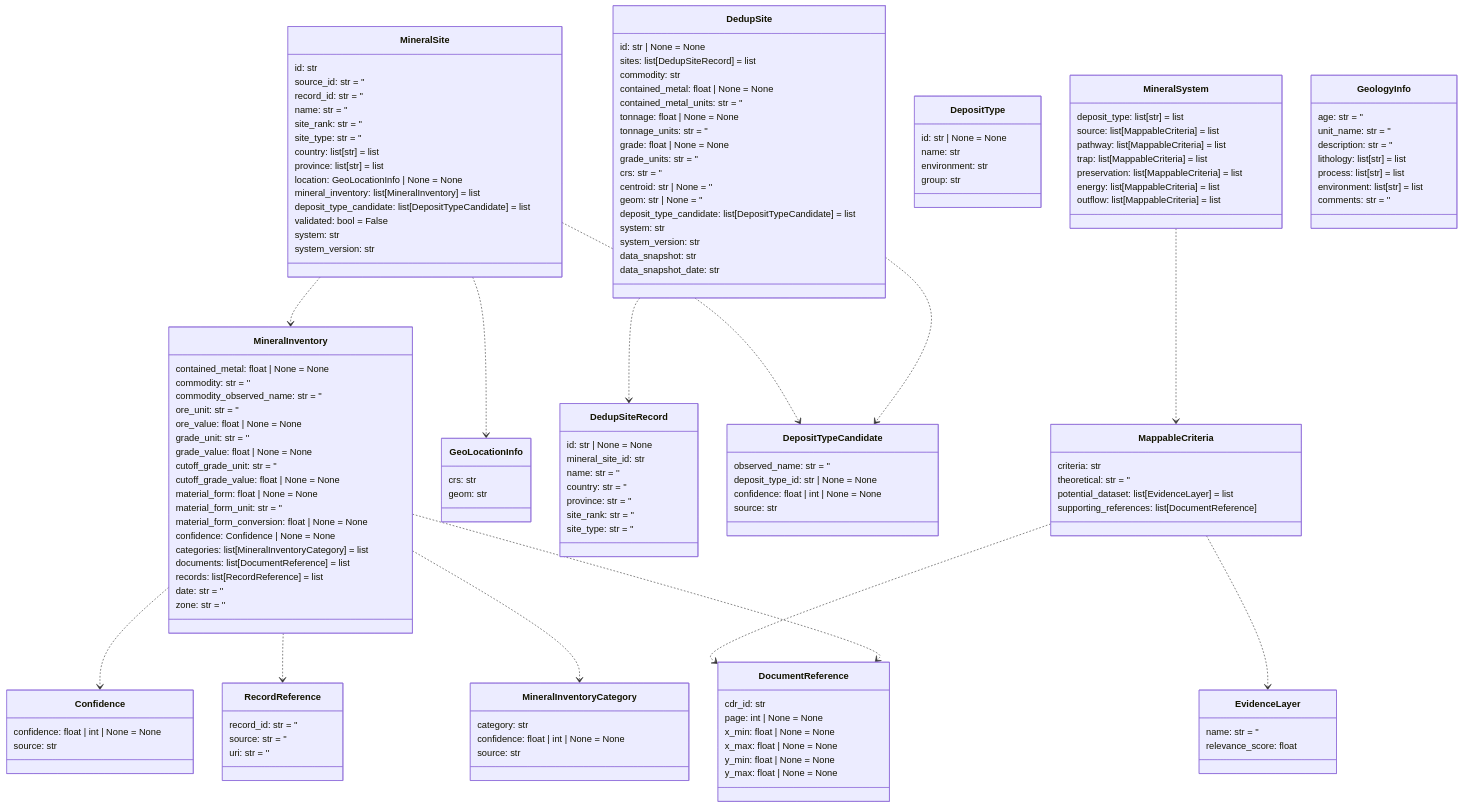
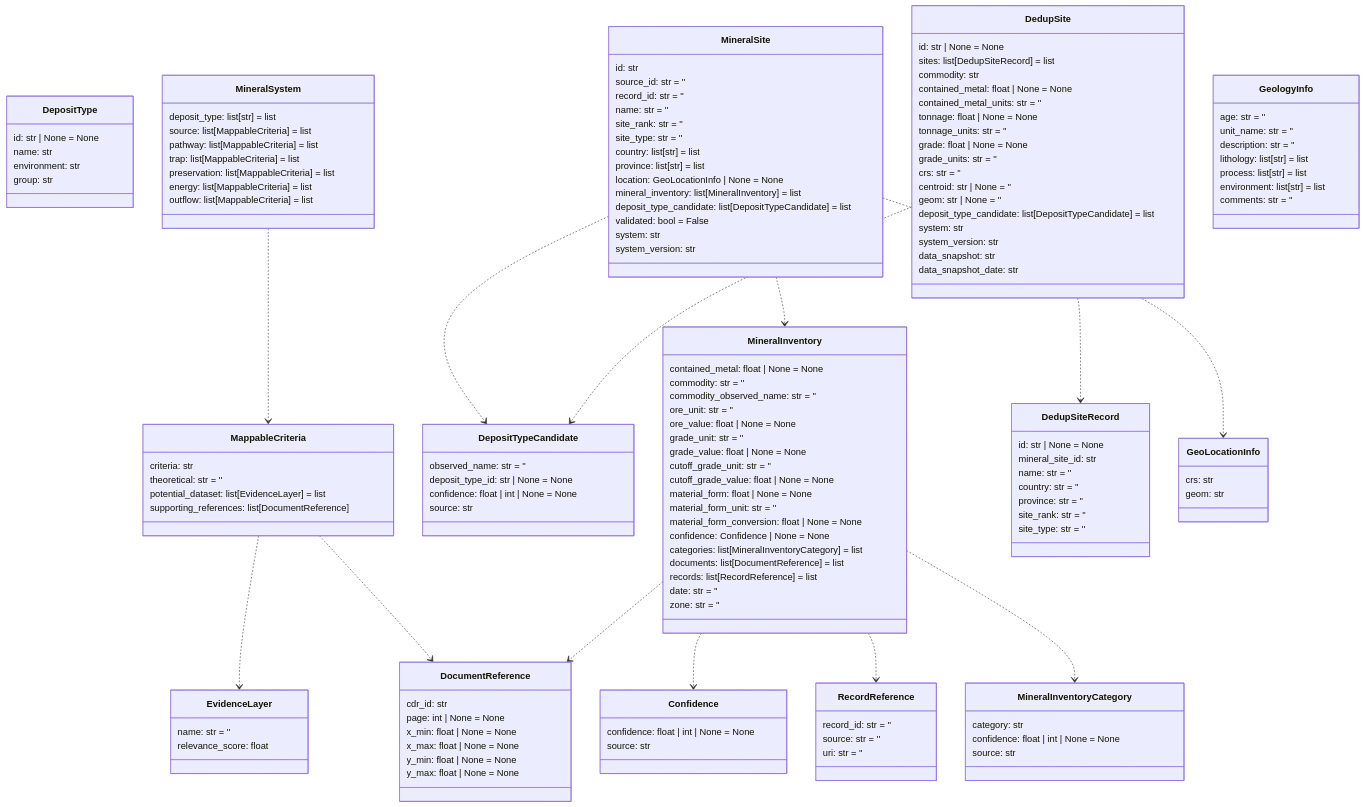
Before and after one commit to DARPA-CRITICALMAAS/cdr_schemas: the tenth of 14 diagrams in README.md, drawn with Mermaid. The commit also changed other lines of this file and 1 other file, not shown here.

First line of the commit message:
Updated schema for BNN

````diff
--- a/README.md
+++ b/README.md
@@ -766,5 +766,11 @@
 ```mermaid
 classDiagram
+
+    class RecordReference {
+        record_id: str = ''
+        source: str = ''
+        uri: str = ''
+    }
 
     class MineralInventory {
         contained_metal: float | None = None
@@ -787,15 +793,66 @@
         zone: str = ''
     }
 
-    class RecordReference {
-        record_id: str = ''
-        source: str = ''
-        uri: str = ''
+    class EvidenceLayer {
+        name: str = ''
+        relevance_score: float
     }
 
-    class GeoLocationInfo {
-        crs: str
-        geom: str
+    class DepositTypeCandidate {
+        observed_name: str = ''
+        deposit_type_id: str | None = None
+        confidence: float | int | None = None
+        source: str
+    }
+
+    class DocumentReference {
+        cdr_id: str
+        page: int | None = None
+        x_min: float | None = None
+        x_max: float | None = None
+        y_min: float | None = None
+        y_max: float | None = None
+    }
+
+    class MappableCriteria {
+        criteria: str
+        theoretical: str = ''
+        potential_dataset: list[EvidenceLayer] = list
+        supporting_references: list[DocumentReference]
+    }
+
+    class DepositType {
+        id: str | None = None
+        name: str
+        environment: str
+        group: str
+    }
+
+    class MineralSystem {
+        deposit_type: list[str] = list
+        source: list[MappableCriteria] = list
+        pathway: list[MappableCriteria] = list
+        trap: list[MappableCriteria] = list
+        preservation: list[MappableCriteria] = list
+        energy: list[MappableCriteria] = list
+        outflow: list[MappableCriteria] = list
+    }
+
+    class MineralSite {
+        id: str
+        source_id: str = ''
+        record_id: str = ''
+        name: str = ''
+        site_rank: str = ''
+        site_type: str = ''
+        country: list[str] = list
+        province: list[str] = list
+        location: GeoLocationInfo | None = None
+        mineral_inventory: list[MineralInventory] = list
+        deposit_type_candidate: list[DepositTypeCandidate] = list
+        validated: bool = False
+        system: str
+        system_version: str
     }
 
     class DedupSiteRecord {
@@ -808,16 +865,15 @@
         site_type: str = ''
     }
 
-    class DepositTypeCandidate {
-        observed_name: str = ''
-        deposit_type_id: str | None = None
+    class MineralInventoryCategory {
+        category: str
         confidence: float | int | None = None
         source: str
     }
 
-    class Confidence {
-        confidence: float | int | None = None
-        source: str
+    class GeoLocationInfo {
+        crs: str
+        geom: str
     }
 
     class DedupSite {
@@ -840,44 +896,9 @@
         data_snapshot_date: str
     }
 
-    class MineralSite {
-        id: str
-        source_id: str = ''
-        record_id: str = ''
-        name: str = ''
-        site_rank: str = ''
-        site_type: str = ''
-        country: list[str] = list
-        province: list[str] = list
-        location: GeoLocationInfo | None = None
-        mineral_inventory: list[MineralInventory] = list
-        deposit_type_candidate: list[DepositTypeCandidate] = list
-        validated: bool = False
-        system: str
-        system_version: str
-    }
-
-    class MineralInventoryCategory {
-        category: str
+    class Confidence {
         confidence: float | int | None = None
         source: str
-    }
-
-    class DepositType {
-        id: str | None = None
-        name: str
-        environment: str
-        group: str
-    }
-
-    class MineralSystem {
-        deposit_type: list[str] = list
-        source: list[MappableCriteria] = list
-        pathway: list[MappableCriteria] = list
-        trap: list[MappableCriteria] = list
-        preservation: list[MappableCriteria] = list
-        energy: list[MappableCriteria] = list
-        outflow: list[MappableCriteria] = list
     }
 
     class GeologyInfo {
@@ -890,39 +911,18 @@
         comments: str = ''
     }
 
-    class DocumentReference {
-        cdr_id: str
-        page: int | None = None
-        x_min: float | None = None
-        x_max: float | None = None
-        y_min: float | None = None
-        y_max: float | None = None
-    }
-
-    class MappableCriteria {
-        criteria: str
-        theoretical: str = ''
-        potential_dataset: list[EvidenceLayer] = list
-        supporting_references: list[DocumentReference]
-    }
-
-    class EvidenceLayer {
-        name: str = ''
-        relevance_score: float
-    }
-
     MappableCriteria ..> EvidenceLayer
     MappableCriteria ..> DocumentReference
     MineralSystem ..> MappableCriteria
     MineralInventory ..> Confidence
+    MineralInventory ..> DocumentReference
     MineralInventory ..> RecordReference
     MineralInventory ..> MineralInventoryCategory
-    MineralInventory ..> DocumentReference
     MineralSite ..> DepositTypeCandidate
+    MineralSite ..> GeoLocationInfo
     MineralSite ..> MineralInventory
-    MineralSite ..> GeoLocationInfo
+    DedupSite ..> DedupSiteRecord
     DedupSite ..> DepositTypeCandidate
-    DedupSite ..> DedupSiteRecord
 
 
 ```
````
